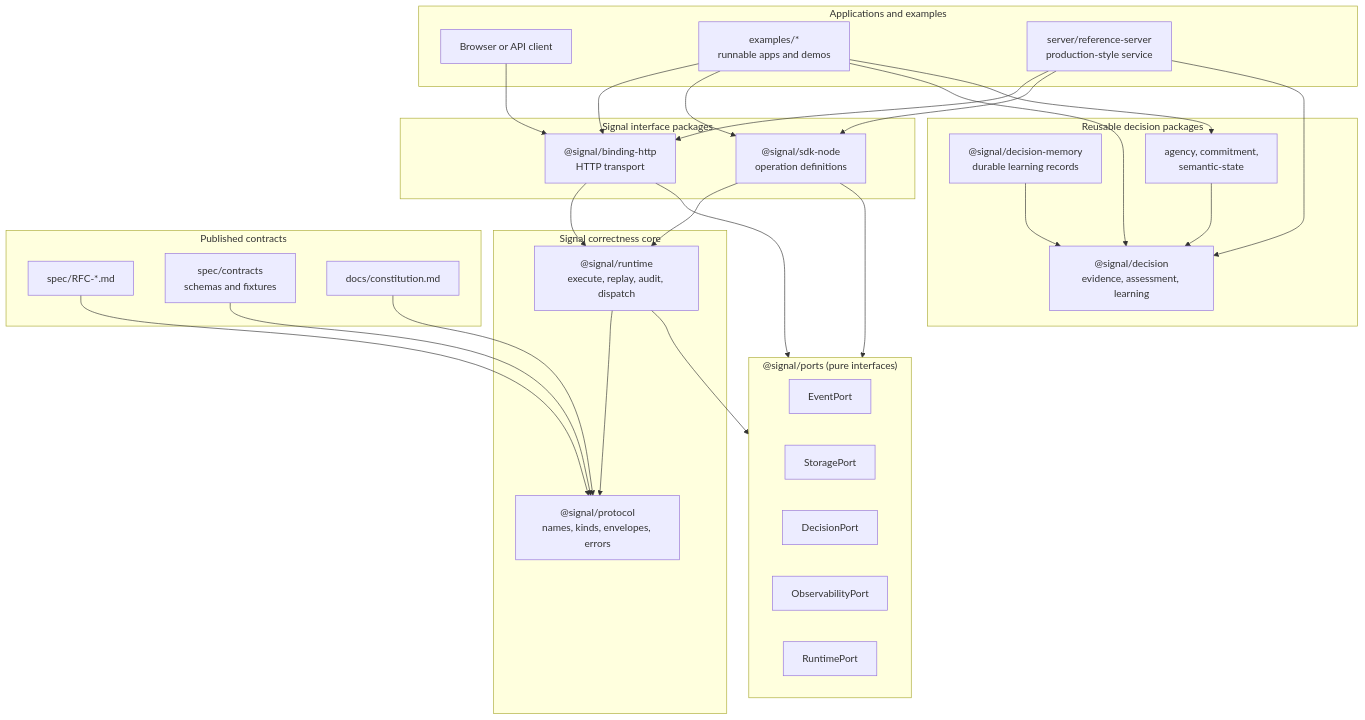
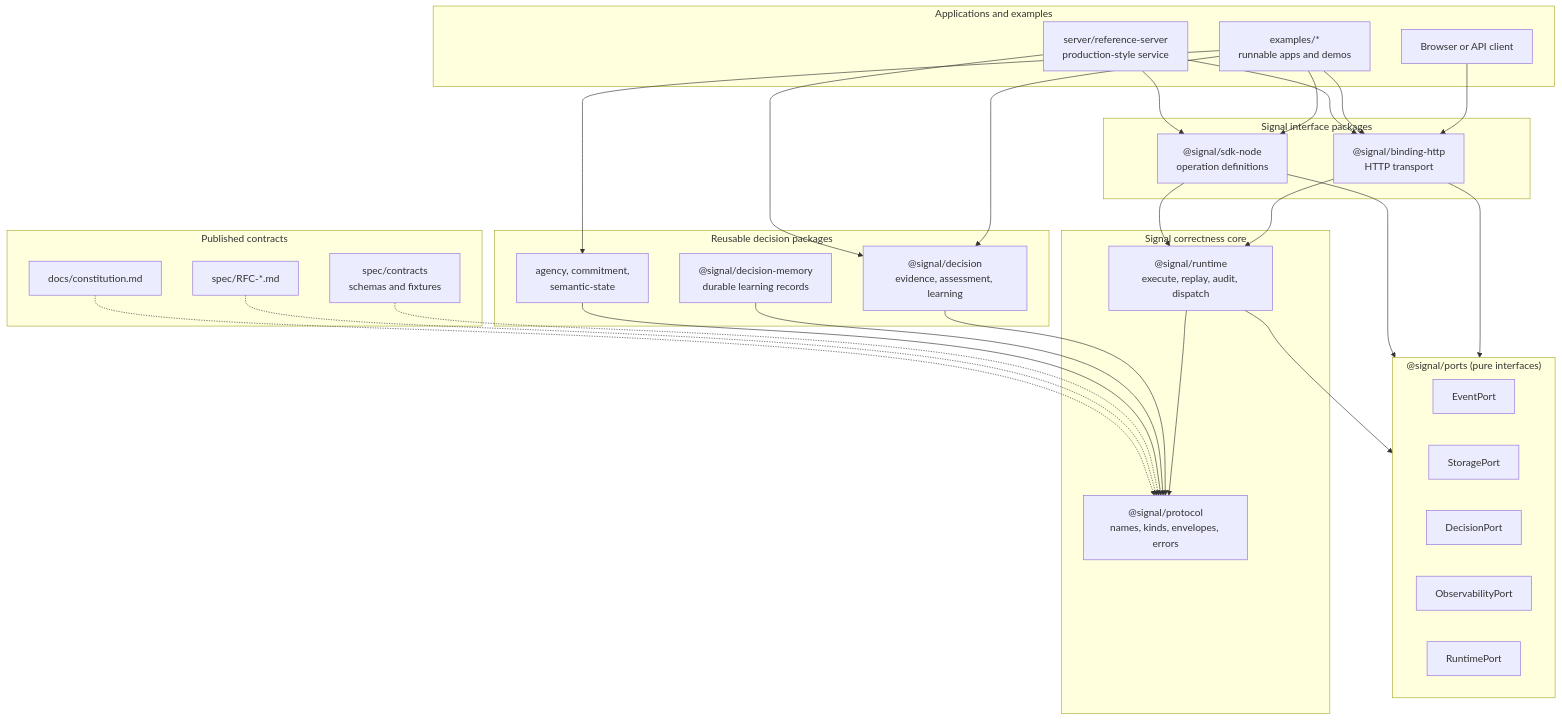
One commit to DiogoAngelim/signal changed the diagram in docs/README.md. Above: the diagram before and after it, drawn with Mermaid. The commit also changed 8 other files, not shown here.

````diff
--- a/docs/README.md
+++ b/docs/README.md
@@ -208,58 +208,59 @@
 ```mermaid
 flowchart TB
   subgraph Apps["Applications and examples"]
     Browser["Browser or API client"]
     ExampleApps["examples/*<br/>runnable apps and demos"]
     Backend["server/reference-server<br/>production-style service"]
   end
 
   subgraph Interface["Signal interface packages"]
     Http["@signal/binding-http<br/>HTTP transport"]
     Sdk["@signal/sdk-node<br/>operation definitions"]
   end
 
   subgraph Ports["@signal/ports (pure interfaces)"]
     EventPort["EventPort"]
     StoragePort["StoragePort"]
     DecisionPort["DecisionPort"]
     ObservabilityPort["ObservabilityPort"]
     RuntimePort["RuntimePort"]
   end
 
   subgraph Core["Signal correctness core"]
     Runtime["@signal/runtime<br/>execute, replay, audit, dispatch"]
     Protocol["@signal/protocol<br/>names, kinds, envelopes, errors"]
   end
 
   subgraph Domain["Reusable decision packages"]
     Decision["@signal/decision<br/>evidence, assessment, learning"]
     Memory["@signal/decision-memory<br/>durable learning records"]
     Support["agency, commitment,<br/>semantic-state"]
   end
 
   subgraph Contracts["Published contracts"]
     Rfcs["spec/RFC-*.md"]
     Schemas["spec/contracts<br/>schemas and fixtures"]
     Constitution["docs/constitution.md"]
   end
 
   Browser --> Http
   ExampleApps --> Http
   ExampleApps --> Sdk
   ExampleApps --> Decision
   ExampleApps --> Support
   Backend --> Http
   Backend --> Sdk
   Backend --> Decision
+  Http --> Runtime
+  Sdk --> Runtime
   Http --> Ports
   Sdk --> Ports
-  Http --> Runtime
-  Sdk --> Runtime
   Runtime --> Ports
   Runtime --> Protocol
-  Schemas --> Protocol
-  Rfcs --> Protocol
-  Constitution --> Protocol
-  Memory --> Decision
-  Support --> Decision
+  Decision --> Protocol
+  Memory --> Protocol
+  Support --> Protocol
+  Schemas -.-> Protocol
+  Rfcs -.-> Protocol
+  Constitution -.-> Protocol
 ```
````
